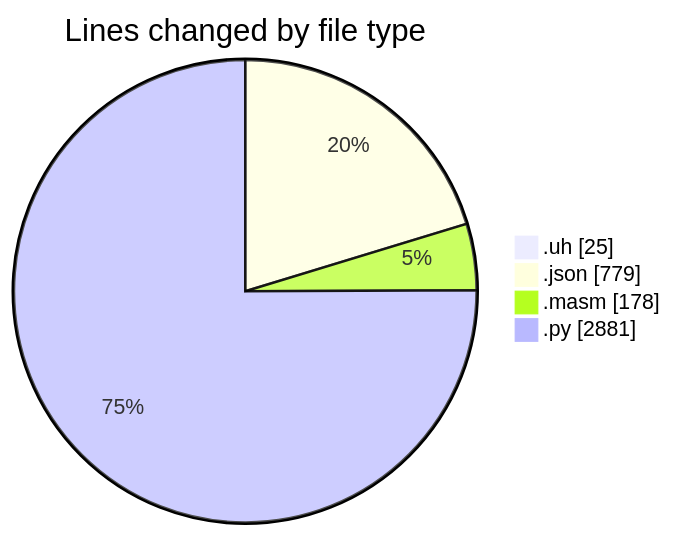
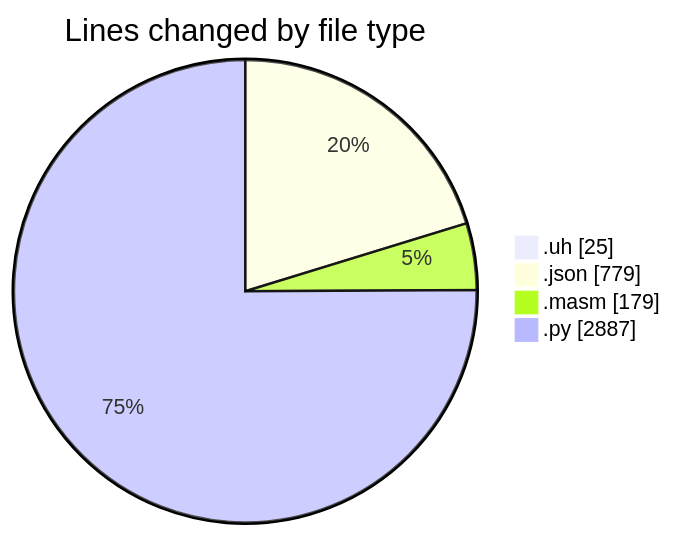
One commit to charlie-sans/code-tracking changed the first of 2 diagrams in 2025-04-30/uhigh-lang/README.md. Above: the diagram before and after it, drawn with Mermaid. The commit also changed other lines of this file and 1 other file, not shown here.

````diff
--- a/2025-04-30/uhigh-lang/README.md
+++ b/2025-04-30/uhigh-lang/README.md
@@ -26,8 +26,8 @@
 ```mermaid
 pie showData
 title Lines changed by file type
 ".uh" : 25
 ".json" : 779
-".masm" : 178
-".py" : 2881
+".masm" : 179
+".py" : 2887
 ```
````
